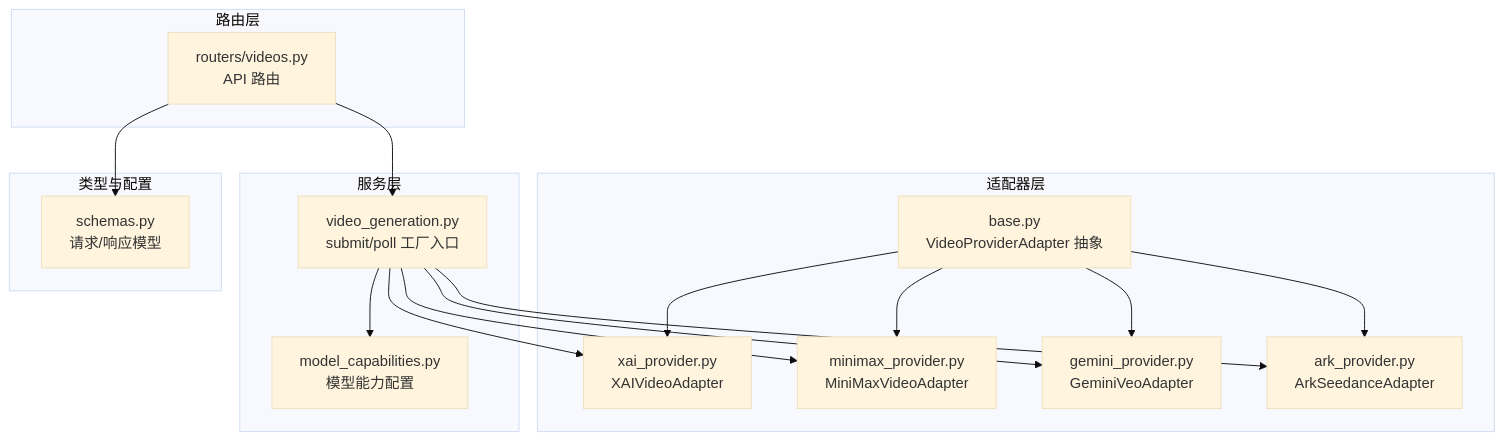
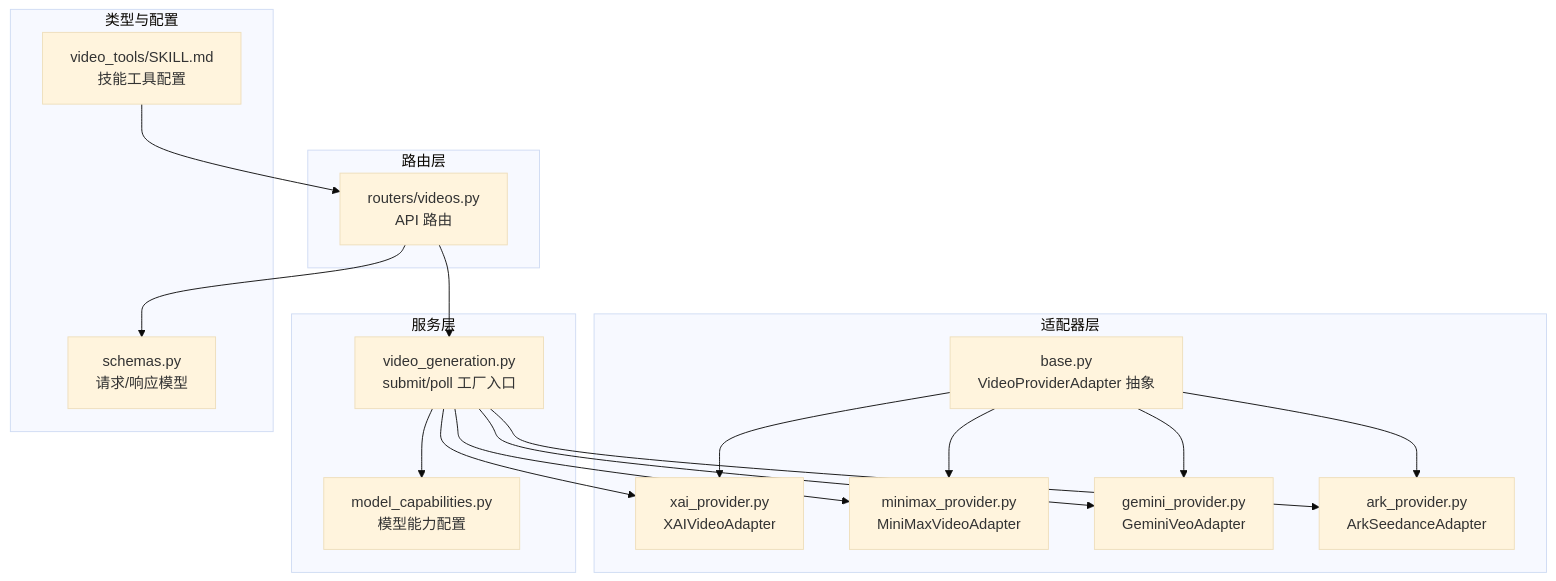
The first of 8 diagrams in .qoder/repowiki/zh/content/AI服务集成/视频生成服务.md (KunLabAI/KunFlix), drawn with Mermaid (base theme) before and after one commit. The commit also changed other lines of this file and 12 other files, not shown here.

````diff
--- a/.qoder/repowiki/zh/content/AI服务集成/视频生成服务.md
+++ b/.qoder/repowiki/zh/content/AI服务集成/视频生成服务.md
@@ -44,31 +57,33 @@
 ```mermaid
 graph TB
 subgraph "适配器层"
 B["base.py<br/>VideoProviderAdapter 抽象"]
 X["xai_provider.py<br/>XAIVideoAdapter"]
 M["minimax_provider.py<br/>MiniMaxVideoAdapter"]
 G["gemini_provider.py<br/>GeminiVeoAdapter"]
 A["ark_provider.py<br/>ArkSeedanceAdapter"]
 end
 subgraph "服务层"
 VGS["video_generation.py<br/>submit/poll 工厂入口"]
 CAP["model_capabilities.py<br/>模型能力配置"]
 end
 subgraph "路由层"
 R["routers/videos.py<br/>API 路由"]
 end
 subgraph "类型与配置"
 SCH["schemas.py<br/>请求/响应模型"]
+SK["video_tools/SKILL.md<br/>技能工具配置"]
 end
 B --> X
 B --> M
 B --> G
 B --> A
 VGS --> X
 VGS --> M
 VGS --> G
 VGS --> A
 R --> VGS
 R --> SCH
 VGS --> CAP
+SK --> R
 ```
````
